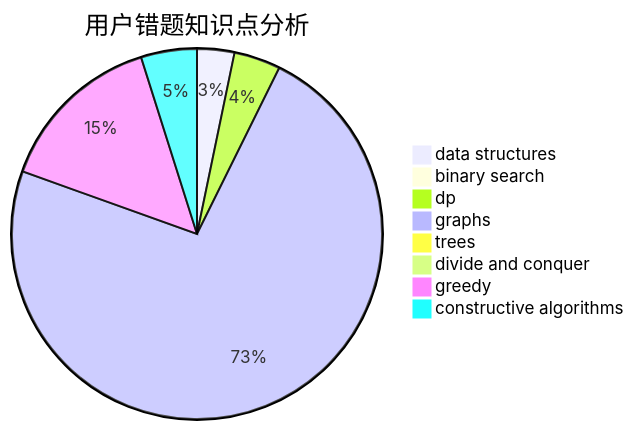
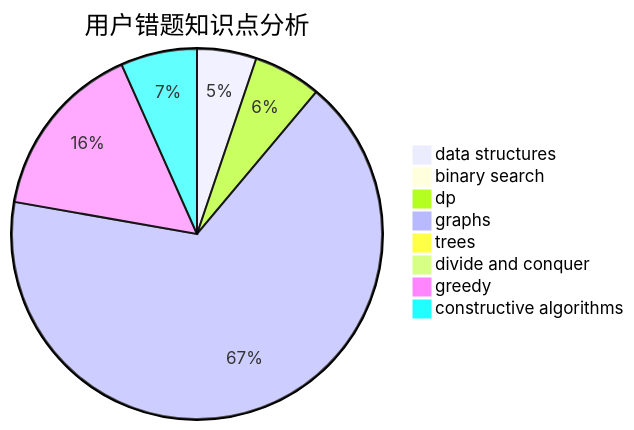
Before and after one commit to sherpahu/cfrs.github.io: the third of 3 diagrams in docs/user/u90.md, drawn with Mermaid. The commit also changed other lines of this file and 2770 other files, not shown here.

````diff
--- a/docs/user/u90.md
+++ b/docs/user/u90.md
@@ -36,11 +36,11 @@
 ```mermaid
 pie title 用户错题知识点分析
-    "data structures" :  4
+    "data structures" :  7
     "binary search" :  0
-    "dp" :  5
+    "dp" :  8
     "graphs" :  90
     "trees" :  0
     "divide and conquer" :  0
-    "greedy" :  18
-    "constructive algorithms" :  6
+    "greedy" :  21
+    "constructive algorithms" :  9
 ```
````
